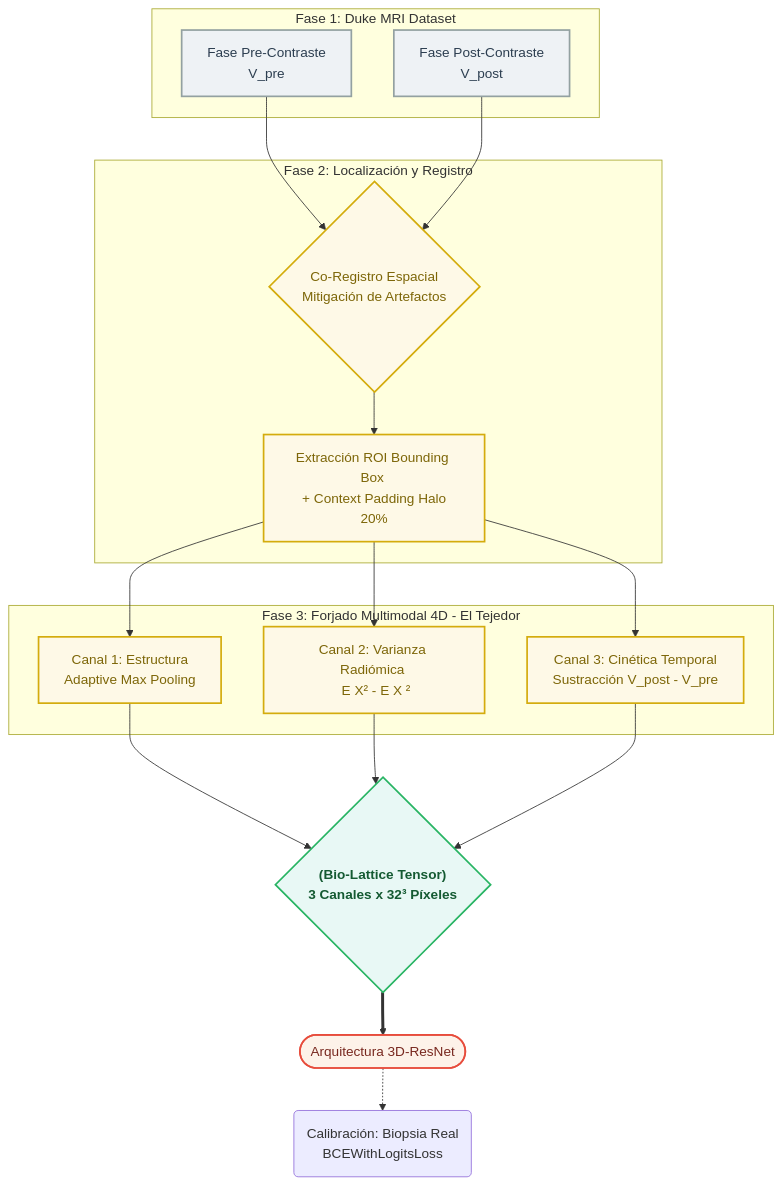
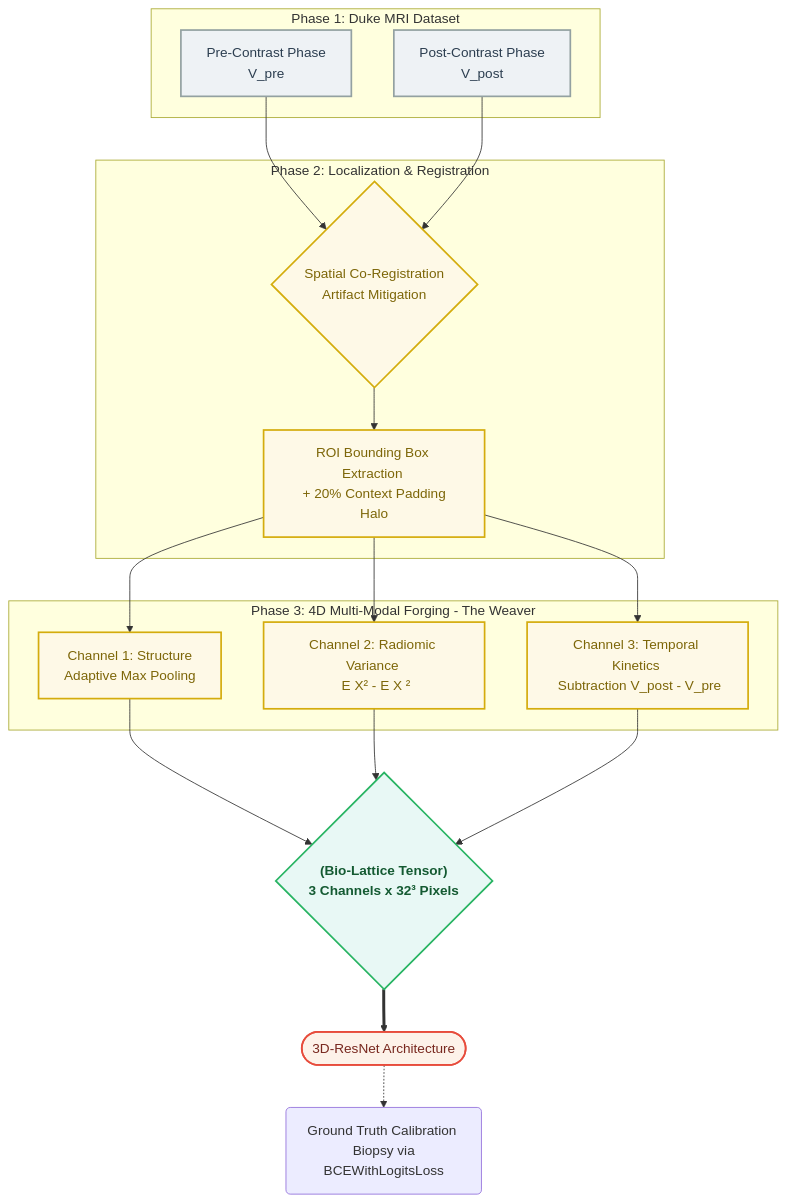
The diagram in README.md (msancheza/biolattice), drawn with Mermaid before and after one commit.

Commit message:
Translate architecture flowchart to English

````diff
--- a/README.md
+++ b/README.md
@@ -26,48 +26,48 @@
 ```mermaid
 graph TD
-    %% Estilos Globales
+    %% Global Styles
     classDef raw fill:#eef2f5,stroke:#93a1a1,stroke-width:2px,color:#2c3e50;
     classDef process fill:#fef9e7,stroke:#d4ac0d,stroke-width:2px,color:#7d6608;
     classDef tensor fill:#e8f8f5,stroke:#28b463,stroke-width:2px,color:#145a32,font-weight:bold;
     classDef net fill:#fdf2e9,stroke:#e74c3c,stroke-width:2px,color:#78281f;
 
-    %% 1. DICOM crudos
-    subgraph Fase 1: Duke MRI Dataset
-        PRE["Fase Pre-Contraste <br/> V_pre"]:::raw
-        POST["Fase Post-Contraste <br/> V_post"]:::raw
+    %% 1. Raw DICOM Sequences
+    subgraph Phase 1: Duke MRI Dataset
+        PRE["Pre-Contrast Phase <br/> V_pre"]:::raw
+        POST["Post-Contrast Phase <br/> V_post"]:::raw
     end
 
-    %% 2. Extracción Geométrica
-    subgraph Fase 2: Localización y Registro
-        ALIGN{"Co-Registro Espacial <br/> Mitigación de Artefactos"}:::process
-        ROI["Extracción ROI Bounding Box <br/> + Context Padding Halo 20%"]:::process
+    %% 2. Geometric Extraction
+    subgraph Phase 2: Localization & Registration
+        ALIGN{"Spatial Co-Registration <br/> Artifact Mitigation"}:::process
+        ROI["ROI Bounding Box Extraction <br/> + 20% Context Padding Halo"]:::process
     end
 
     PRE --> ALIGN
     POST --> ALIGN
     ALIGN --> ROI
 
-    %% 3. La Red de Bio-Lattice
-    subgraph Fase 3: Forjado Multimodal 4D - El Tejedor
-        C1["Canal 1: Estructura <br/> Adaptive Max Pooling"]:::process
-        C2["Canal 2: Varianza Radiómica <br/> E X² - E X ²"]:::process
-        C3["Canal 3: Cinética Temporal <br/> Sustracción V_post - V_pre"]:::process
+    %% 3. The Tensor Weaver
+    subgraph Phase 3: 4D Multi-Modal Forging - The Weaver
+        C1["Channel 1: Structure <br/> Adaptive Max Pooling"]:::process
+        C2["Channel 2: Radiomic Variance <br/> E X² - E X ²"]:::process
+        C3["Channel 3: Temporal Kinetics <br/> Subtraction V_post - V_pre"]:::process
     end
 
     ROI --> C1
     ROI --> C2
     ROI --> C3
 
-    %% 4. Salida Final
-    CUB{"(Bio-Lattice Tensor) <br/> 3 Canales x 32³ Píxeles"}:::tensor
+    %% 4. Final Output
+    CUB{"(Bio-Lattice Tensor) <br/> 3 Channels x 32³ Pixels"}:::tensor
     C1 --> CUB
     C2 --> CUB
     C3 --> CUB
 
-    %% 5. Inferencia
-    RES(["Arquitectura 3D-ResNet"]):::net
-    LOSS("Calibración: Biopsia Real <br/> BCEWithLogitsLoss")
+    %% 5. Downstream Inference
+    RES(["3D-ResNet Architecture"]):::net
+    LOSS("Ground Truth Calibration <br/> Biopsy via BCEWithLogitsLoss")
 
     CUB ==> RES
     RES -.-> LOSS
 ```
````
